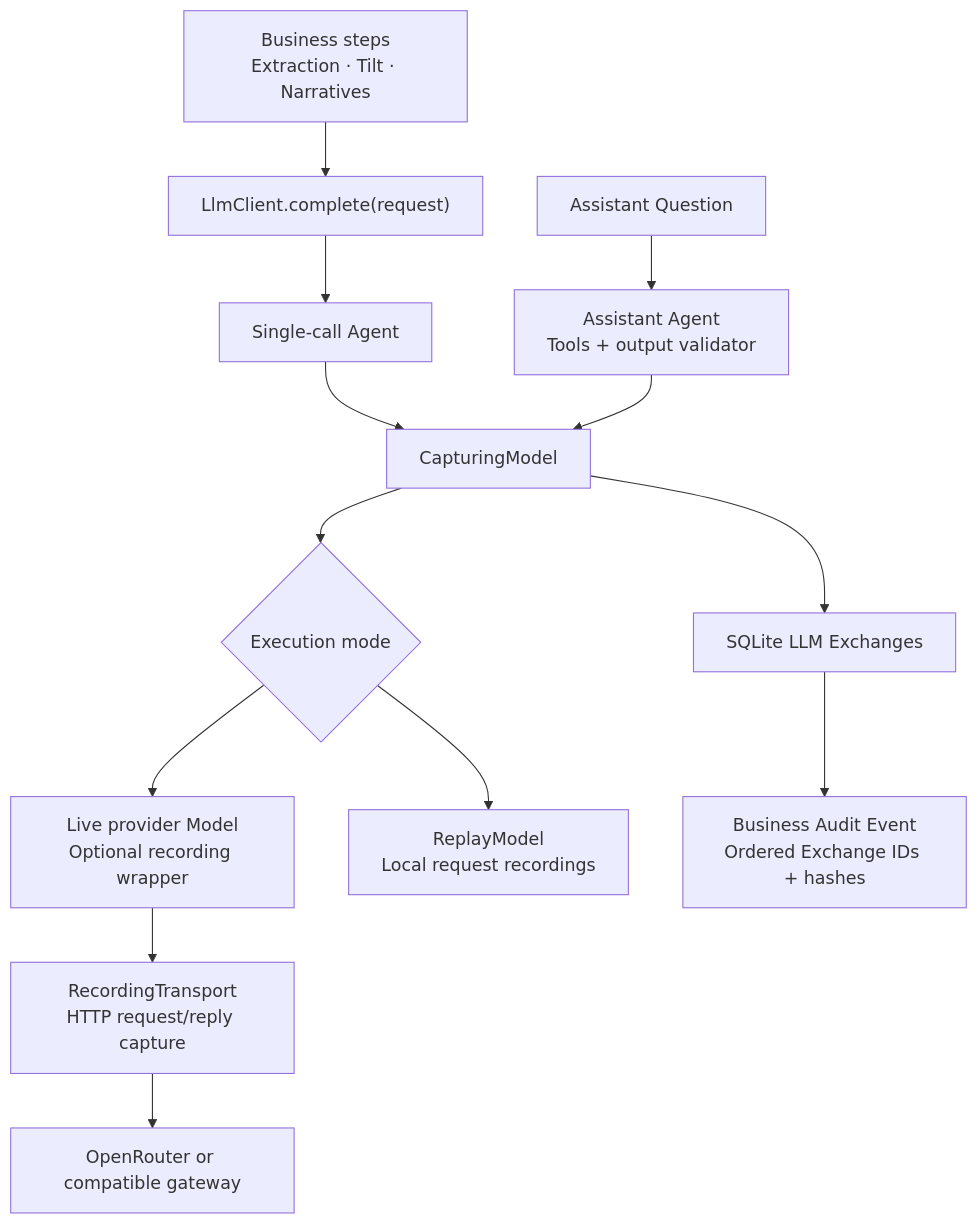
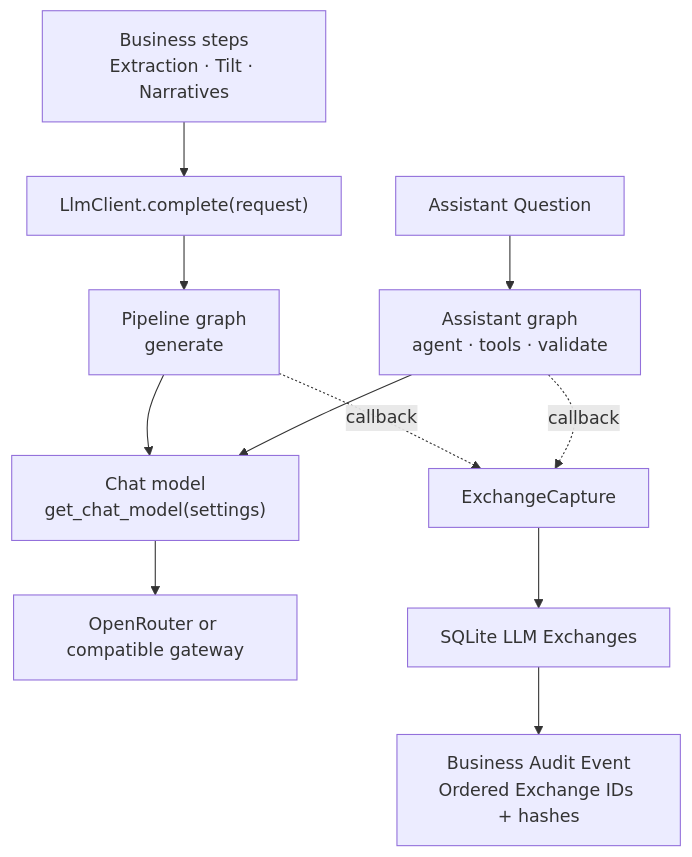
Before and after one commit to anir-kent/alpha-portfolio-ai: the diagram in docs/llm_inter_explain.md, drawn with Mermaid. The commit also changed other lines of this file and 189 other files, not shown here.

First line of the commit message:
Remove pydantic-ai, the replay path and recorded mode everywhere

````diff
--- a/docs/llm_inter_explain.md
+++ b/docs/llm_inter_explain.md
@@ -12,15 +14,13 @@
 ```mermaid
 flowchart TD
     A["Business steps<br/>Extraction · Tilt · Narratives"] --> B["LlmClient.complete(request)"]
-    C["Assistant Question"] --> D["Assistant Agent<br/>Tools + output validator"]
-    B --> E["Single-call Agent"]
-    E --> F["CapturingModel"]
+    C["Assistant Question"] --> D["Assistant graph<br/>agent · tools · validate"]
+    B --> E["Pipeline graph<br/>generate"]
+    E --> F["Chat model<br/>get_chat_model(settings)"]
     D --> F
-    F --> G{"Execution mode"}
-    G --> H["Live provider Model<br/>Optional recording wrapper"]
-    G --> I["ReplayModel<br/>Local request recordings"]
-    H --> J["RecordingTransport<br/>HTTP request/reply capture"]
-    J --> K["OpenRouter or compatible gateway"]
-    F --> L["SQLite LLM Exchanges"]
+    F --> K["OpenRouter or compatible gateway"]
+    E -. "callback" .-> G["ExchangeCapture"]
+    D -. "callback" .-> G
+    G --> L["SQLite LLM Exchanges"]
     L --> M["Business Audit Event<br/>Ordered Exchange IDs + hashes"]
 ```
````
